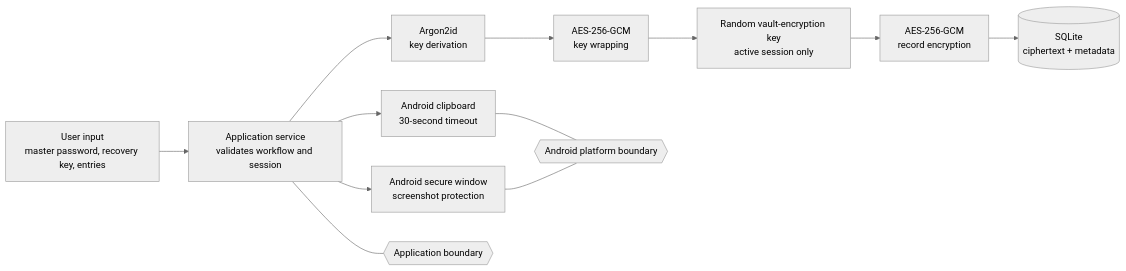
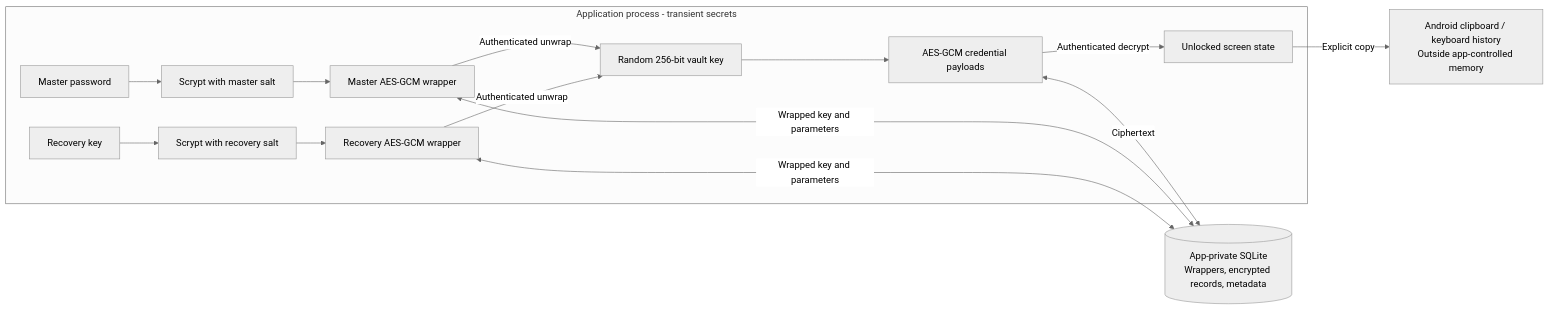
One commit to xominnow/password-manager changed the second of 2 diagrams in docs/architecture/system-architecture.md. Above: the diagram before and after it, drawn with Mermaid (neutral theme). The commit also changed other lines of this file and 131 other files, not shown here.

````diff
--- a/docs/architecture/system-architecture.md
+++ b/docs/architecture/system-architecture.md
@@ -39,27 +47,26 @@
 ```mermaid
 flowchart LR
-    Input[User input\nmaster password, recovery key, entries]
-    Service[Application service\nvalidates workflow and session]
-    KDF[Argon2id\nkey derivation]
-    Wrap[AES-256-GCM\nkey wrapping]
-    VaultKey[Random vault-encryption key\nactive session only]
-    Record[AES-256-GCM\nrecord encryption]
-    SQLite[(SQLite\nciphertext + metadata)]
-    Clipboard[Android clipboard\n30-second timeout]
-    Screen[Android secure window\nscreenshot protection]
-
-    Input --> Service
-    Service --> KDF
-    KDF --> Wrap
-    Wrap --> VaultKey
-    VaultKey --> Record
-    Record --> SQLite
-    Service --> Clipboard
-    Service --> Screen
-
-    boundary1{{Application boundary}}
-    boundary2{{Android platform boundary}}
-    Service --- boundary1
-    Clipboard --- boundary2
-    Screen --- boundary2
+    subgraph Process[Application process - transient secrets]
+        Master[Master password]
+        Recovery[Recovery key]
+        KM[Scrypt with master salt]
+        KR[Scrypt with recovery salt]
+        WM[Master AES-GCM wrapper]
+        WR[Recovery AES-GCM wrapper]
+        Key[Random 256-bit vault key]
+        Records[AES-GCM credential payloads]
+        View[Unlocked screen state]
+    end
+    DB[(App-private SQLite<br/>Wrappers, encrypted records, metadata)]
+    Outside[Android clipboard / keyboard history<br/>Outside app-controlled memory]
+    Master --> KM --> WM
+    Recovery --> KR --> WR
+    WM -->|Authenticated unwrap| Key
+    WR -->|Authenticated unwrap| Key
+    Key --> Records
+    Records <-->|Ciphertext| DB
+    WM <-->|Wrapped key and parameters| DB
+    WR <-->|Wrapped key and parameters| DB
+    Records -->|Authenticated decrypt| View
+    View -->|Explicit copy| Outside
 ```
````
